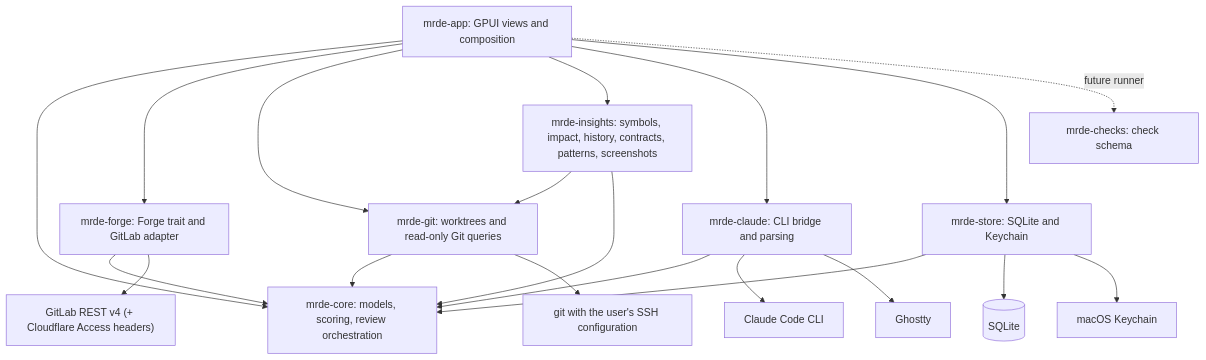
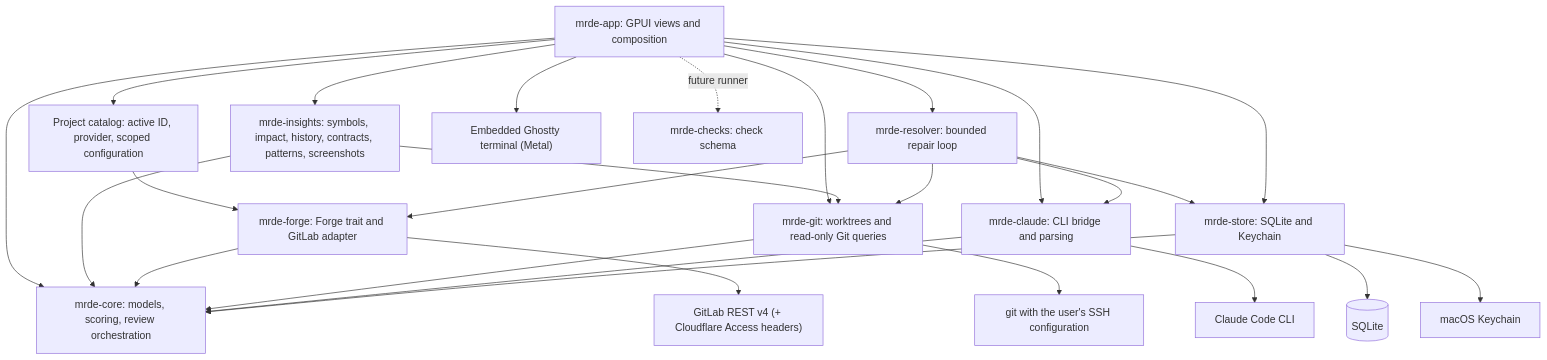
Before and after one commit to kwop/mr.de: the first of 3 diagrams in docs/architecture.md, drawn with Mermaid. The commit also changed other lines of this file and 114 other files, not shown here.

````diff
--- a/docs/architecture.md
+++ b/docs/architecture.md
@@ -17,22 +18,28 @@
 ```mermaid
 flowchart TD
     App["mrde-app: GPUI views and composition"] --> Core["mrde-core: models, scoring, review orchestration"]
-    App --> Forge["mrde-forge: Forge trait and GitLab adapter"]
+    App --> Projects["Project catalog: active ID, provider, scoped configuration"]
+    Projects --> Forge["mrde-forge: Forge trait and GitLab adapter"]
     App --> Git["mrde-git: worktrees and read-only Git queries"]
     App --> Insights["mrde-insights: symbols, impact, history, contracts, patterns, screenshots"]
     Insights --> Git
     Insights --> Core
     App --> Claude["mrde-claude: CLI bridge and parsing"]
+    App --> Resolver["mrde-resolver: bounded repair loop"]
+    Resolver --> Forge
+    Resolver --> Git
+    Resolver --> Claude
+    Resolver --> Store
+    App --> Embedded["Embedded Ghostty terminal (Metal)"]
     App --> Store["mrde-store: SQLite and Keychain"]
     App -. future runner .-> Checks["mrde-checks: check schema"]
     Forge --> Core
     Git --> Core
     Claude --> Core
     Store --> Core
     Forge --> GitLab["GitLab REST v4 (+ Cloudflare Access headers)"]
     Git --> SSH["git with the user's SSH configuration"]
     Claude --> CLI["Claude Code CLI"]
-    Claude --> Ghostty["Ghostty"]
     Store --> SQLite[(SQLite)]
     Store --> Keychain["macOS Keychain"]
 ```
````
